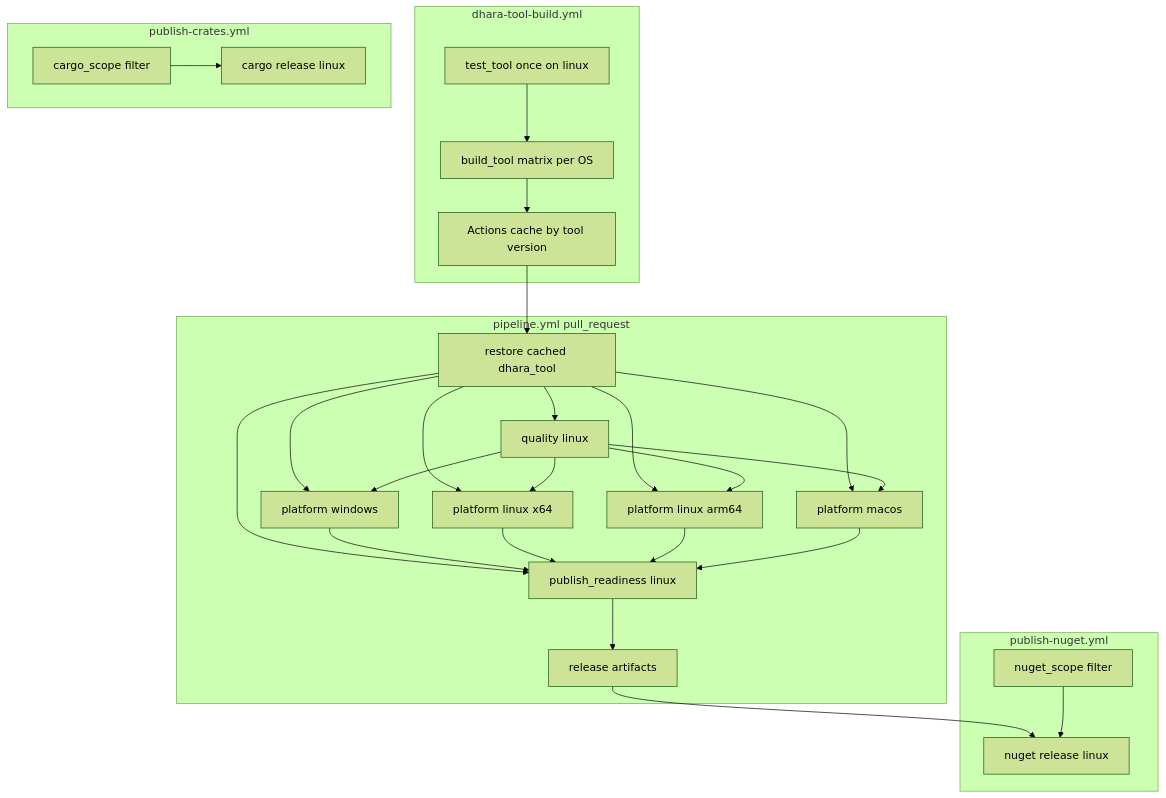
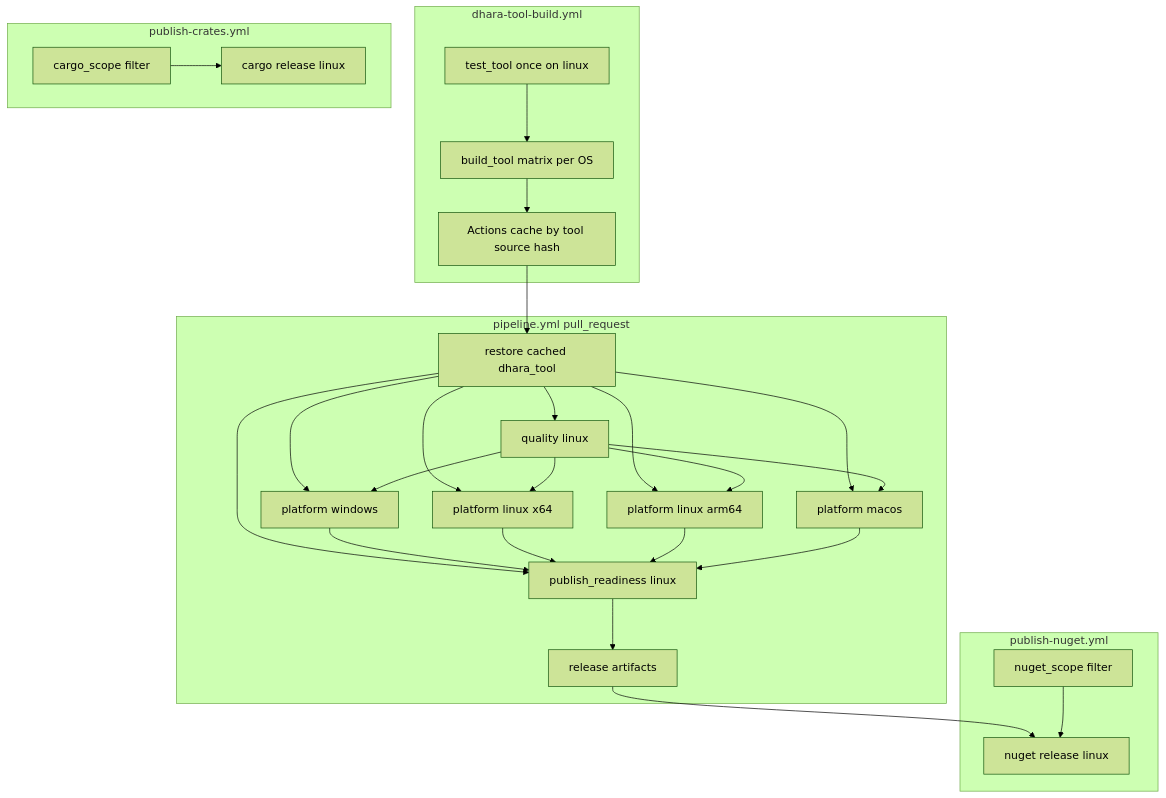
One commit to D-Naveenz/dhara_storage changed the diagram in docs/ci-cd-pipelines.md. Above: the diagram before and after it, drawn with Mermaid (forest theme). The commit also changed other lines of this file and 10 other files, not shown here.

First line of the commit message:
Key dhara_tool CI cache on source hash; build workflow PR-only.

````diff
--- a/docs/ci-cd-pipelines.md
+++ b/docs/ci-cd-pipelines.md
@@ -22,36 +21,36 @@
 ```mermaid
 flowchart TB
   subgraph tool_build ["dhara-tool-build.yml"]
     TT[test_tool once on linux]
     TB[build_tool matrix per OS]
-    CACHE[Actions cache by tool version]
+    CACHE[Actions cache by tool source hash]
     TT --> TB --> CACHE
   end
 
   subgraph pr ["pipeline.yml pull_request"]
     RST[restore cached dhara_tool]
     Q[quality linux]
     PW[platform windows]
     PL[platform linux x64]
     PLA[platform linux arm64]
     PM[platform macos]
     PR[publish_readiness linux]
     CACHE --> RST
     RST --> Q & PW & PL & PLA & PM & PR
     Q --> PW & PL & PLA & PM --> PR
     PR --> ART[release artifacts]
   end
 
   subgraph cd_cargo ["publish-crates.yml"]
     FC[cargo_scope filter]
     CR[cargo release linux]
     FC --> CR
   end
 
   subgraph cd_nuget ["publish-nuget.yml"]
     FN[nuget_scope filter]
     NU[nuget release linux]
     ART --> NU
     FN --> NU
   end
 ```
````
